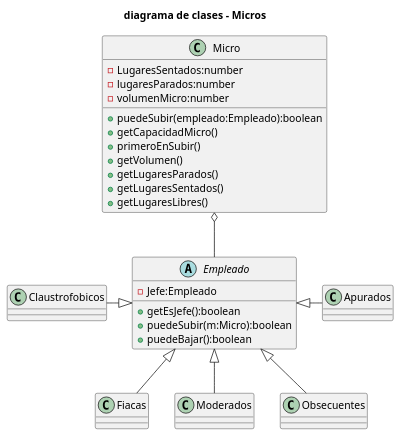
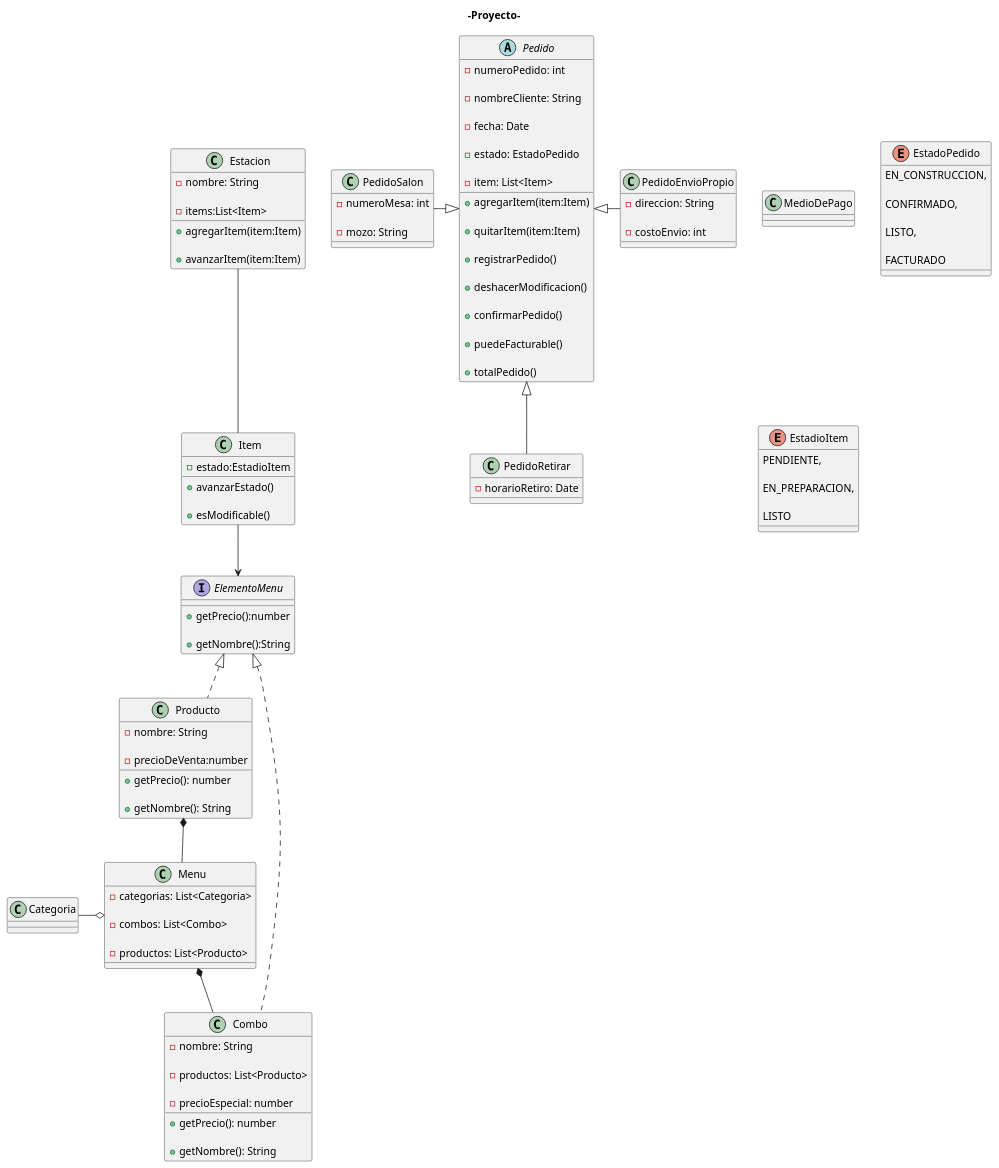
Before and after one commit to JuanJauregui2014/Tp-cuatrimestral-programacion-II: the diagram in diagramas/diagramas.puml, drawn with PlantUML.

Commit message:
UML modificado

```diff
--- a/diagramas/diagramas.puml
+++ b/diagramas/diagramas.puml
@@ -1,48 +1,199 @@
 @startuml
-title diagrama de clases - Micros
 
-abstract class Empleado{
-    -Jefe:Empleado
+title -Proyecto-
 
-    +getEsJefe():boolean
-    +puedeSubir(m:Micro):boolean
-    +puedeBajar():boolean
-}
-class Apurados{
+interface ElementoMenu {
+
+    +getPrecio():number
+
+    +getNombre():String
+
+
 
 }
-class Claustrofobicos{
+
+abstract class Pedido{
+
+    -numeroPedido: int
+
+    -nombreCliente: String
+
+    -fecha: Date
+
+    -estado: EstadoPedido
+
+    -item: List<Item>
+
+
+
+    +agregarItem(item:Item)
+
+    +quitarItem(item:Item)
+
+    +registrarPedido()
+
+    +deshacerModificacion()
+
+    +confirmarPedido()
+
+    +puedeFacturable()
+
+    +totalPedido()
 
 }
-class Fiacas{
+
+class PedidoSalon{
+
+    -numeroMesa: int
+
+    -mozo: String
 
 }
-class Moderados{
+
+class PedidoRetirar{
+
+    -horarioRetiro: Date
 
 }
-class Obsecuentes{
+
+class PedidoEnvioPropio{
+
+    -direccion: String
+
+    -costoEnvio: int
+
 
 
 }
 
 
-class Micro{
-    -LugaresSentados:number
-    -lugaresParados:number
-    -volumenMicro:number
 
-    +puedeSubir(empleado:Empleado):boolean
-    +getCapacidadMicro()
-    +primeroEnSubir()
-    +getVolumen()
-    +getLugaresParados()
-    +getLugaresSentados()
-    +getLugaresLibres()
+class Item{
+
+    -estado:EstadioItem
+
+
+
+    +avanzarEstado()
+
+    +esModificable()
+
+
+
 }
-Micro o--Empleado
-Empleado <|-r- Apurados
-Empleado <|-l- Claustrofobicos
-Empleado <|-- Fiacas
-Empleado <|-- Moderados
-Empleado <|-- Obsecuentes
+
+class Producto implements ElementoMenu{
+
+    -nombre: String
+
+    -precioDeVenta:number
+
+
+
+    +getPrecio(): number
+
+    +getNombre(): String
+
+
+
+   
+
+}
+
+class Combo implements ElementoMenu {
+
+    -nombre: String
+
+    -productos: List<Producto>
+
+    -precioEspecial: number
+
+    +getPrecio(): number
+
+    +getNombre(): String
+
+}
+
+class Categoria{
+
+
+
+}
+
+class Estacion{
+
+    -nombre: String
+
+    -items:List<Item>
+
+
+
+    +agregarItem(item:Item)
+
+    +avanzarItem(item:Item)
+
+
+
+}
+
+
+
+class Menu{
+
+    -categorias: List<Categoria>
+
+    -combos: List<Combo>
+
+    -productos: List<Producto>
+
+
+
+}
+
+'preguntas si conviene  tenerlo como clase abstracta y que hereden los distintos medios de pagos'
+
+class MedioDePago{
+
+
+
+}
+
+enum EstadoPedido {
+
+    EN_CONSTRUCCION,
+
+    CONFIRMADO,
+
+    LISTO,
+
+    FACTURADO
+
+}
+
+enum EstadioItem{
+
+    PENDIENTE,
+
+    EN_PREPARACION,
+
+    LISTO
+
+}
+
+Pedido <|-l- PedidoSalon
+
+Pedido <|-- PedidoRetirar
+
+Pedido <|-r- PedidoEnvioPropio
+
+Menu o-l- Categoria
+
+Producto *-d- Menu
+
+Menu *-- Combo
+
+Estacion -- Item
+
+Item --> ElementoMenu
+
 @enduml
```
